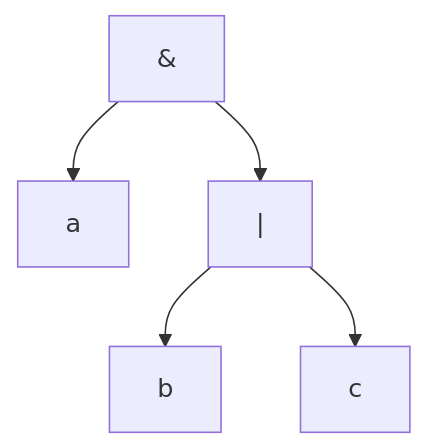
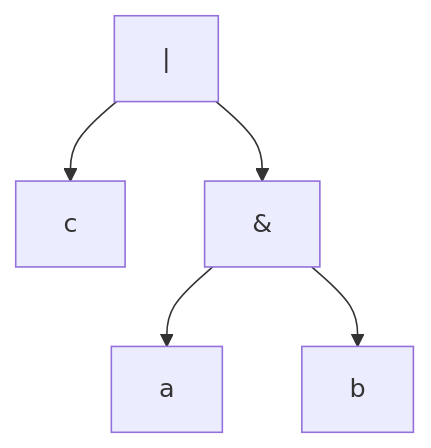
One commit to OrbitalJin/LogiCode changed the fourth of 4 diagrams in README.md. Above: the diagram before and after it, drawn with Mermaid. The commit also changed other lines of this file and 13 other files, not shown here.

````diff
--- a/README.md
+++ b/README.md
@@ -128,7 +133,7 @@
 ```mermaid
 graph TD;
-    F1[&] --> T1[a];
-    F1 --> F2["|"];
-    F2 --> T2[b];
-    F2 --> T3[c];
+    F1["|"] --> T1[c];
+    F1 --> F2[&];
+    F2 --> T2[a];
+    F2 --> T3[b];
 ```
````
